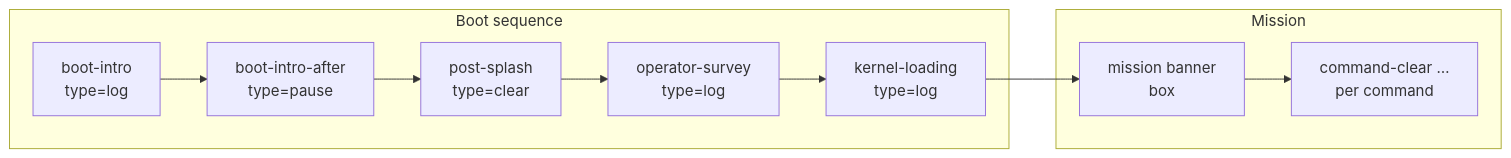
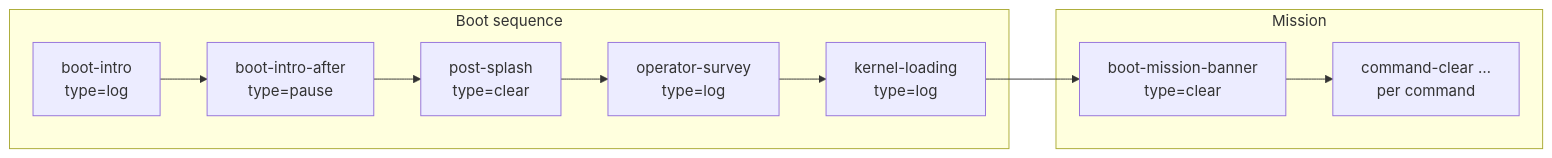
One commit to OrithmicSoftware/terminal-hs-game changed the first of 2 diagrams in docs/scenes.md. Above: the diagram before and after it, drawn with Mermaid. The commit also changed other lines of this file and 2 other files, not shown here.

First line of the commit message:
add mission-brief and mission-complete-m1 scene names; update scenes.md diagram with all m1 branches

````diff
--- a/docs/scenes.md
+++ b/docs/scenes.md
@@ -41,13 +43,13 @@
 ```mermaid
 flowchart LR
   subgraph boot["Boot sequence"]
     A["boot-intro<br/>type=log"] --> B["boot-intro-after<br/>type=pause"]
     B --> C["post-splash<br/>type=clear"]
     C --> D["operator-survey<br/>type=log"]
     D --> E["kernel-loading<br/>type=log"]
   end
   subgraph shell["Mission"]
-    E --> F["mission banner<br/>box"]
+    E --> F["boot-mission-banner<br/>type=clear"]
     F --> G["command-clear …<br/>per command"]
   end
 ```
````
